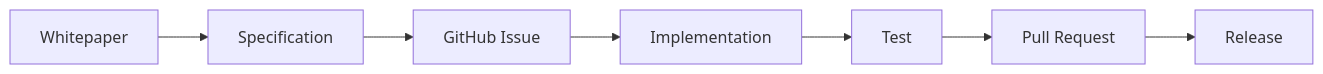
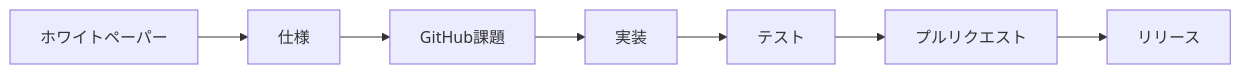
One commit to ShigeichiroYamasaki/creator-first-platform changed the seventh of 47 diagrams in docs/whitepaper/13-roadmap.md. Above: the diagram before and after it, drawn with Mermaid. The commit also changed other lines of this file and 72 other files, not shown here.

````diff
--- a/docs/whitepaper/13-roadmap.md
+++ b/docs/whitepaper/13-roadmap.md
@@ -211,12 +211,12 @@
 ```mermaid
 flowchart LR
-    WP[Whitepaper]
-    SPEC[Specification]
-    ISSUE[GitHub Issue]
-    CODE[Implementation]
-    TEST[Test]
-    PR[Pull Request]
-    RELEASE[Release]
+    WP[ホワイトペーパー]
+    SPEC[仕様]
+    ISSUE[GitHub課題]
+    CODE[実装]
+    TEST[テスト]
+    PR[プルリクエスト]
+    RELEASE[リリース]
 
     WP --> SPEC --> ISSUE --> CODE --> TEST --> PR --> RELEASE
 ```
````
